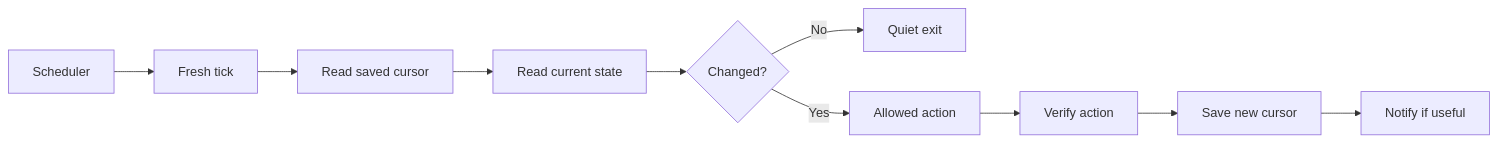
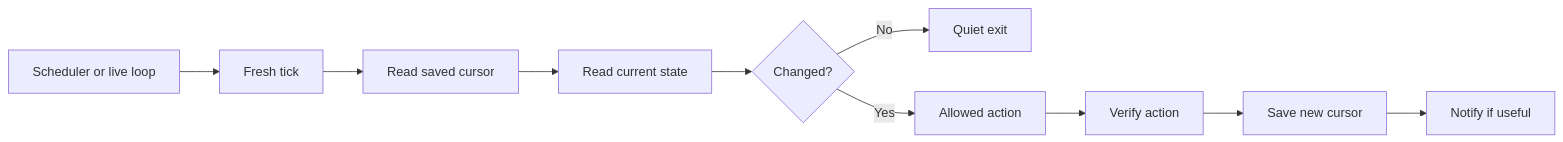
The ninth of 10 diagrams in docs/playbooks.md (sabirmgd/terminal-first-goal-loop), drawn with Mermaid before and after one commit. The commit also changed other lines of this file and 33 other files, not shown here.

````diff
--- a/docs/playbooks.md
+++ b/docs/playbooks.md
@@ -132,12 +161,12 @@
 ```mermaid
 flowchart LR
-    S["Scheduler"] --> T["Fresh tick"]
+    S["Scheduler or live loop"] --> T["Fresh tick"]
     T --> P["Read saved cursor"]
     P --> N["Read current state"]
     N --> D{"Changed?"}
     D -- No --> Q["Quiet exit"]
     D -- Yes --> A["Allowed action"]
     A --> V["Verify action"]
     V --> C["Save new cursor"]
     C --> U["Notify if useful"]
 ```
````
